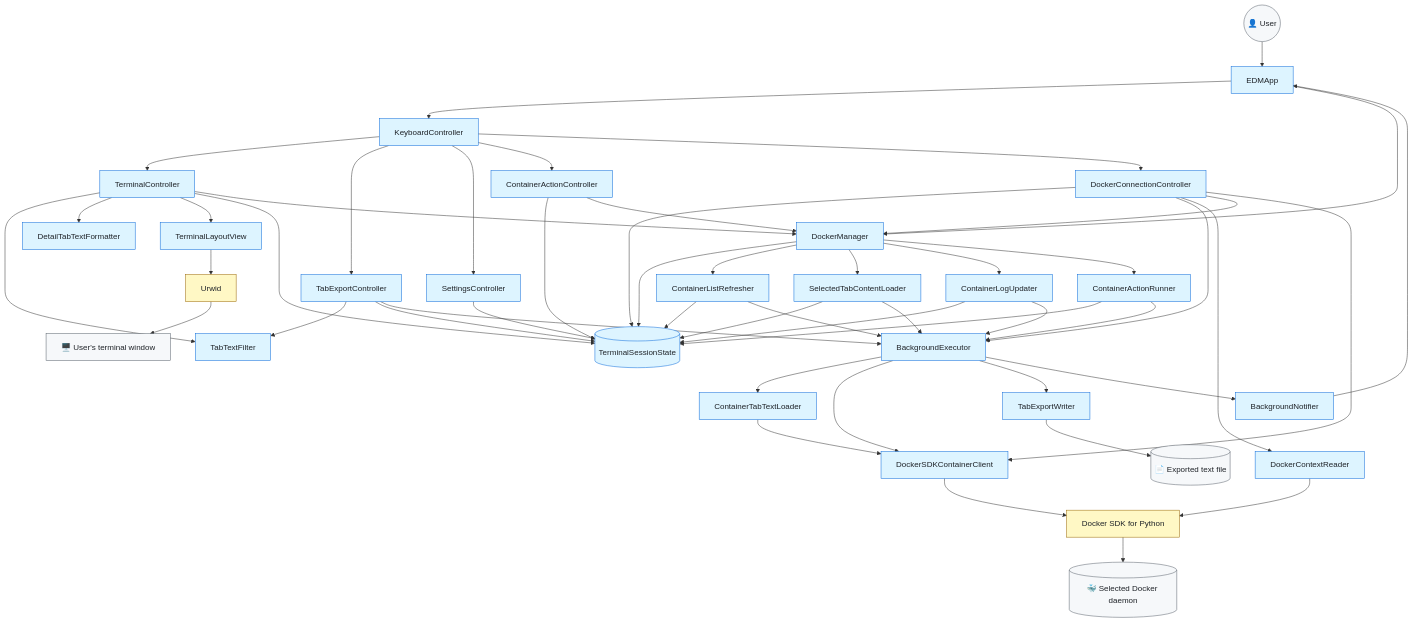
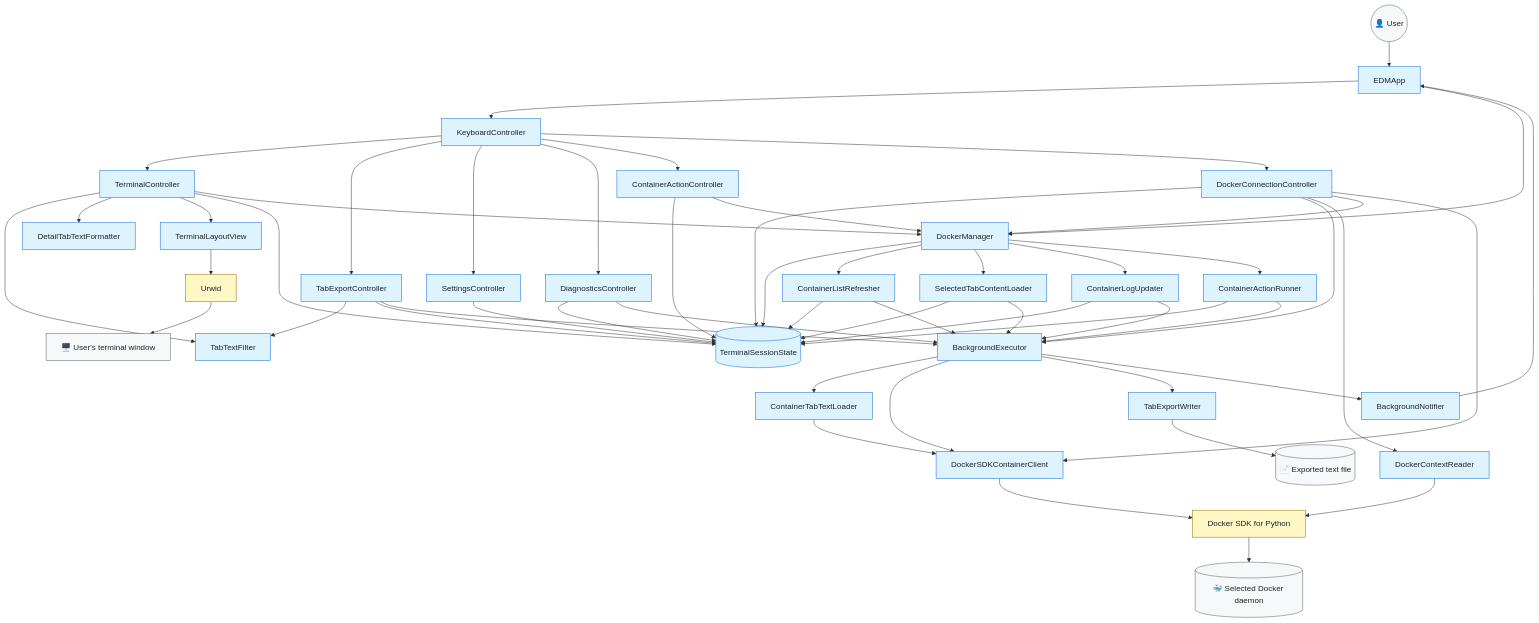
Before and after one commit to arabnejad/edm: the first of 5 diagrams in DEVELOPMENT_GUIDE.md, drawn with Mermaid. The commit also changed other lines of this file and 10 other files, not shown here.

````diff
--- a/DEVELOPMENT_GUIDE.md
+++ b/DEVELOPMENT_GUIDE.md
@@ -112,6 +112,7 @@
     UI[TerminalController]
     ExportController[TabExportController]
     SettingsController[SettingsController]
+    DiagnosticsController[DiagnosticsController]
     ActionController[ContainerActionController]
     ConnectionController[DockerConnectionController]
     State[(TerminalSessionState)]
@@ -139,6 +140,7 @@
     Keyboard --> UI
     Keyboard --> ExportController
     Keyboard --> SettingsController
+    Keyboard --> DiagnosticsController
     Keyboard --> ActionController
     Keyboard --> ConnectionController
 
@@ -150,6 +152,8 @@
     ExportController --> State
     ExportController --> Executor
     SettingsController --> State
+    DiagnosticsController --> State
+    DiagnosticsController --> Executor
     ActionController --> State
     ActionController --> DockerManager
     ConnectionController --> State
@@ -185,7 +189,7 @@
     classDef thirdParty fill:#fff8c5,stroke:#9a6700,color:#1f2328
     classDef external fill:#f6f8fa,stroke:#57606a,color:#1f2328
 
-    class App,Keyboard,UI,ExportController,SettingsController,ActionController,ConnectionController,State,DockerManager,ContainerRefresh,TabLoad,LogUpdates,ActionRunner,Executor,Notifier,Loader,ContextReader,Client,Filter,Formatter,Exporter,View edm
+    class App,Keyboard,UI,ExportController,SettingsController,DiagnosticsController,ActionController,ConnectionController,State,DockerManager,ContainerRefresh,TabLoad,LogUpdates,ActionRunner,Executor,Notifier,Loader,ContextReader,Client,Filter,Formatter,Exporter,View edm
     class DockerSDK,Urwid thirdParty
     class User,Docker,Terminal,File external
 ```
````
